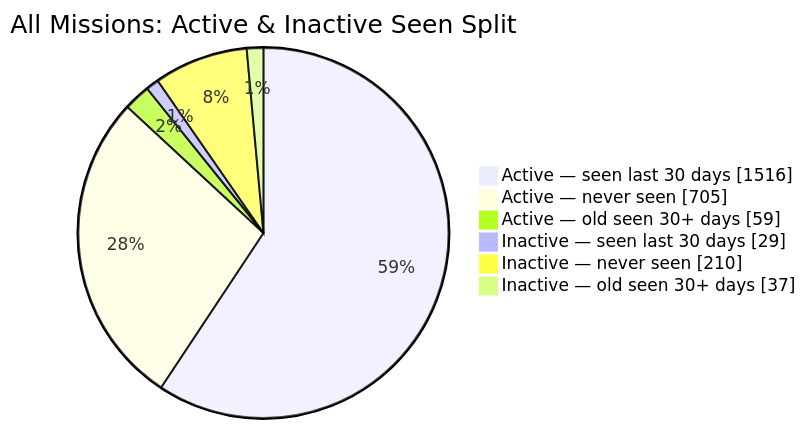
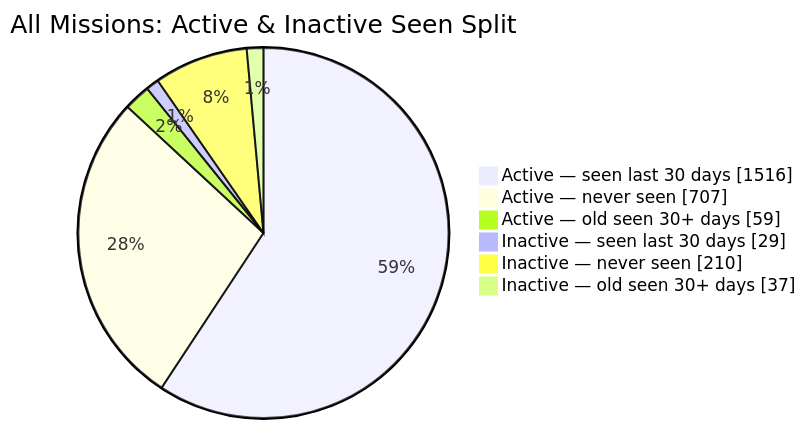
The second of 2 diagrams in README.md (MeldkamerspelGameTeam/active-missions), drawn with Mermaid before and after one commit. The commit also changed other lines of this file and 3 other files, not shown here.

````diff
--- a/README.md
+++ b/README.md
@@ -44,10 +44,10 @@
 ```mermaid
 pie showData
     title All Missions: Active & Inactive Seen Split
     "Active — seen last 30 days" : 1516
-    "Active — never seen" : 705
+    "Active — never seen" : 707
     "Active — old seen 30+ days" : 59
     "Inactive — seen last 30 days" : 29
     "Inactive — never seen" : 210
     "Inactive — old seen 30+ days" : 37
 ```
````
